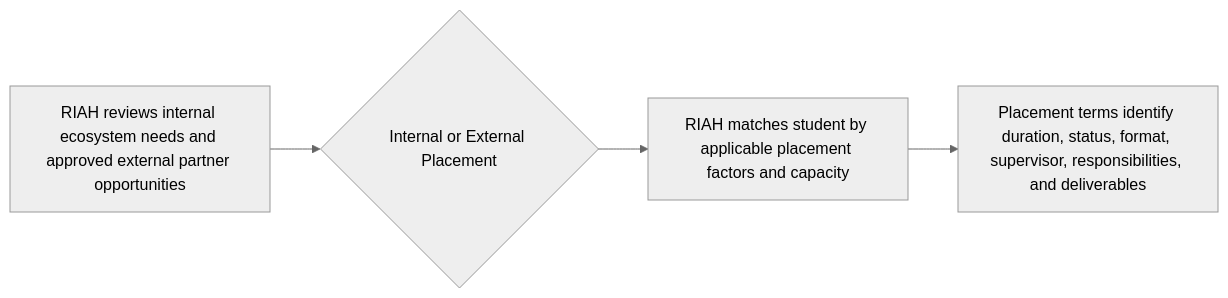
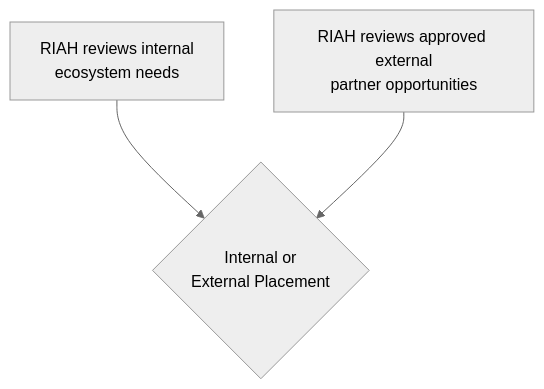
Before and after one commit to RIAHPathway/Website-Draft: the third of 17 diagrams in RIAH-PATHWAY-EXPERIENTIAL-STRUCTURE/EXPERIENTIAL-STRUCTURE.md, drawn with Mermaid (neutral theme). The commit also changed other lines of this file, not shown here.

Commit message:
Break experiential Mermaid processes into readable high-level flows

````diff
--- a/RIAH-PATHWAY-EXPERIENTIAL-STRUCTURE/EXPERIENTIAL-STRUCTURE.md
+++ b/RIAH-PATHWAY-EXPERIENTIAL-STRUCTURE/EXPERIENTIAL-STRUCTURE.md
@@ -259,6 +265,5 @@
 ```mermaid
-flowchart LR
-    A[RIAH reviews internal ecosystem needs and approved external partner opportunities] --> B{Internal or External Placement}
-    B --> C[RIAH matches student by applicable placement factors and capacity]
-    C --> D[Placement terms identify duration, status, format, supervisor, responsibilities, and deliverables]
+flowchart TD
+    A[RIAH reviews internal<br/>ecosystem needs] --> C{Internal or<br/>External Placement}
+    B[RIAH reviews approved external<br/>partner opportunities] --> C
 ```
````
